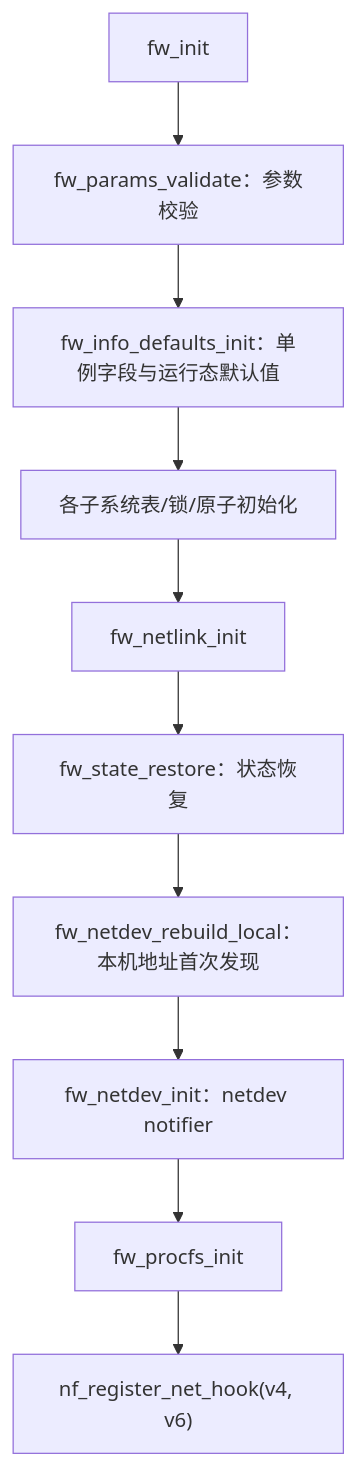
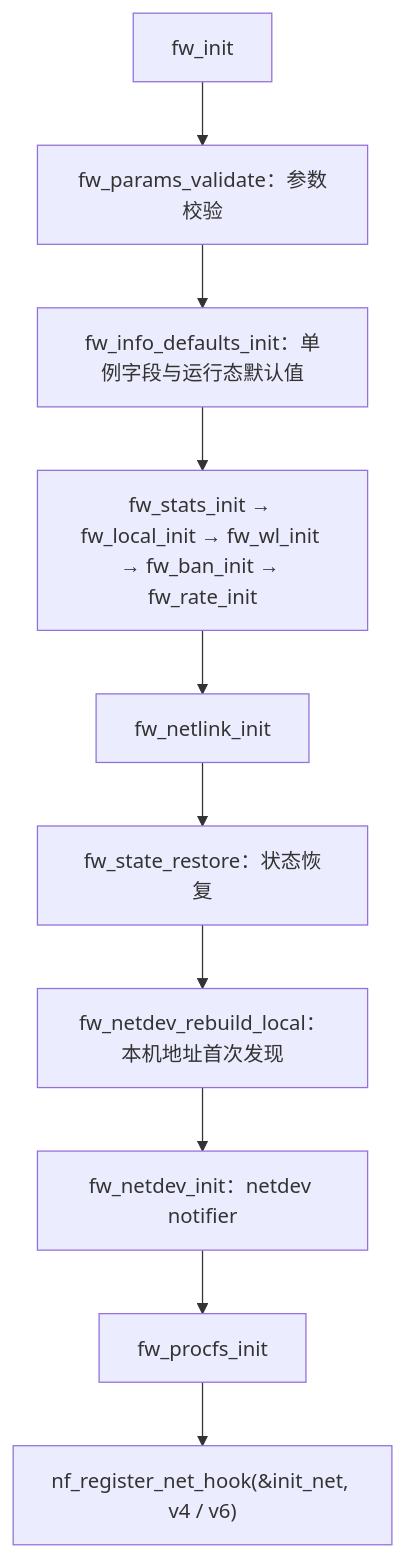
One commit to SnowCore8/linux-firewall-kmod changed the second of 3 diagrams in docs/zh/architecture/kernel-module.md. Above: the diagram before and after it, drawn with Mermaid. The commit also changed other lines of this file and 25 other files, not shown here.

````diff
--- a/docs/zh/architecture/kernel-module.md
+++ b/docs/zh/architecture/kernel-module.md
@@ -438,12 +544,12 @@
 ```mermaid
 graph TB
     A["fw_init"] --> B["fw_params_validate：参数校验"]
     B --> C["fw_info_defaults_init：单例字段与运行态默认值"]
-    C --> D["各子系统表/锁/原子初始化"]
+    C --> D["fw_stats_init → fw_local_init → fw_wl_init → fw_ban_init → fw_rate_init"]
     D --> E["fw_netlink_init"]
     E --> F["fw_state_restore：状态恢复"]
     F --> G["fw_netdev_rebuild_local：本机地址首次发现"]
     G --> H["fw_netdev_init：netdev notifier"]
     H --> I["fw_procfs_init"]
-    I --> J["nf_register_net_hook(v4, v6)"]
+    I --> J["nf_register_net_hook(&init_net, v4 / v6)"]
 ```
````
